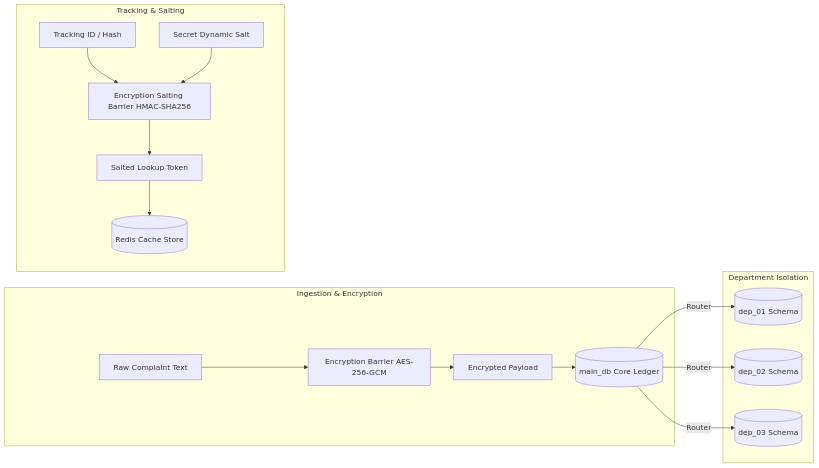
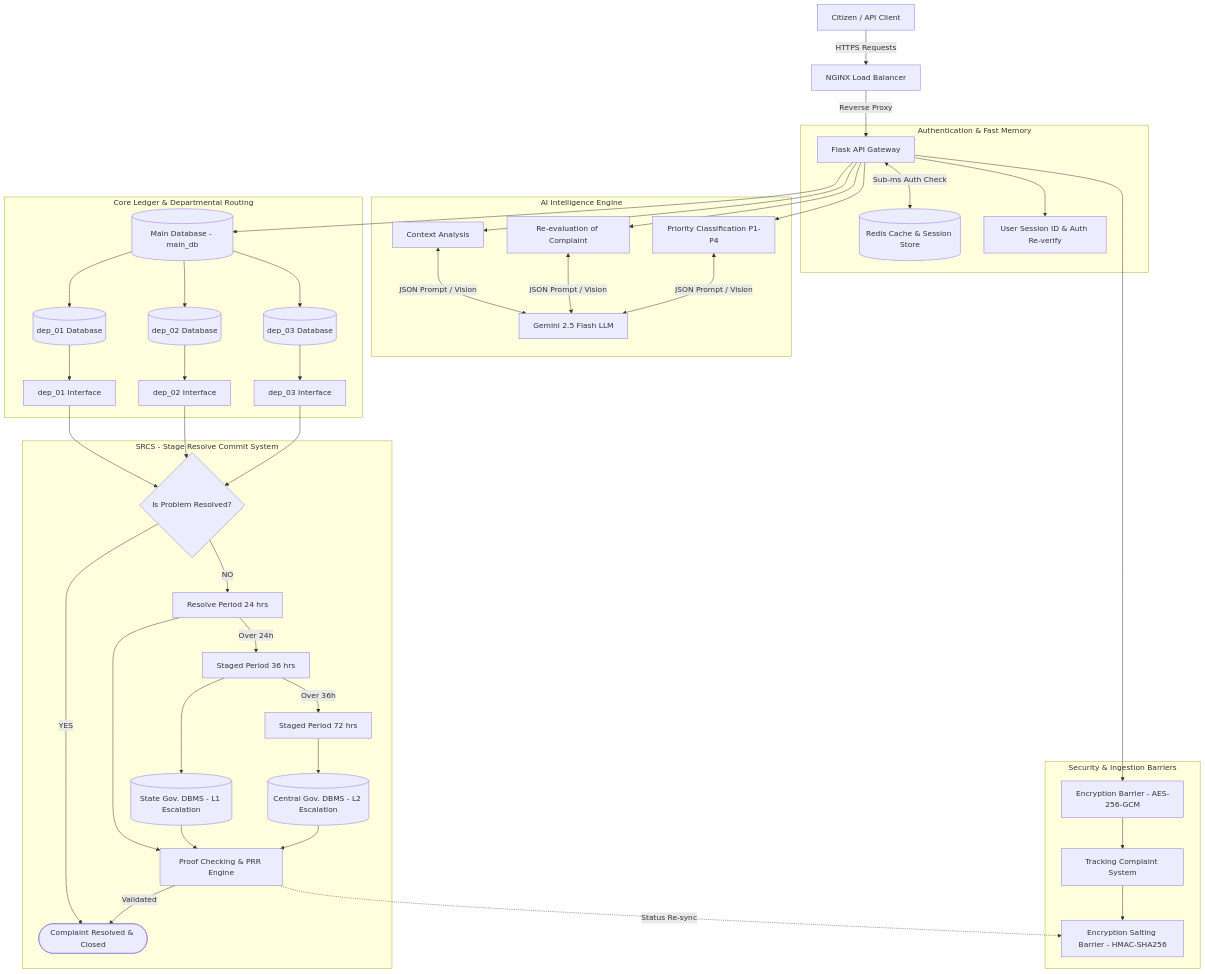
One commit to CSMU-CodeSync/SIH_02- changed the diagram in docs/Security_db.md. Above: the diagram before and after it, drawn with Mermaid. The commit also changed other lines of this file and 10 other files, not shown here.

Commit message:
Update all markdown files with complete architecture diagrams and component references

````diff
--- a/docs/Security_db.md
+++ b/docs/Security_db.md
@@ -14,21 +16,45 @@
 ```mermaid
-flowchart LR
- subgraph Ingestion & Encryption
- RawText[Raw Complaint Text] --> EncBarrier[Encryption Barrier AES-256-GCM]
- EncBarrier --> EncText[Encrypted Payload]
- EncText --> MainDB[(main_db Core Ledger)]
- end
+flowchart TD
+    Client[Citizen / API Client] -->|HTTPS Requests| NGINX[NGINX Load Balancer]
+    NGINX -->|Reverse Proxy| Flask[Flask API Gateway]
+    
+    subgraph Authentication & Fast Memory
+        Flask <-->|Sub-ms Auth Check| Redis[(Redis Cache & Session Store)]
+        Flask --> Auth[User Session ID & Auth Re-verify]
+    end
 
- subgraph Tracking & Salting
- TrackingID[Tracking ID / Hash] --> SaltBarrier[Encryption Salting Barrier HMAC-SHA256]
- Salt[Secret Dynamic Salt] --> SaltBarrier
- SaltBarrier --> SaltedHash[Salted Lookup Token]
- SaltedHash --> RedisCache[(Redis Cache Store)]
- end
+    subgraph Security & Ingestion Barriers
+        Flask --> EncBarrier[Encryption Barrier - AES-256-GCM]
+        EncBarrier --> Tracking[Tracking Complaint System]
+        Tracking --> SaltBarrier[Encryption Salting Barrier - HMAC-SHA256]
+    end
 
- subgraph Department Isolation
- MainDB -->|Router| Dep1[(dep_01 Schema)]
- MainDB -->|Router| Dep2[(dep_02 Schema)]
- MainDB -->|Router| Dep3[(dep_03 Schema)]
- end
+    subgraph AI Intelligence Engine
+        Flask --> CtxAnalysis[Context Analysis]
+        Flask --> ReEval[Re-evaluation of Complaint]
+        Flask --> Priority[Priority Classification P1-P4]
+        CtxAnalysis & ReEval & Priority <-->|JSON Prompt / Vision| Gemini[Gemini 2.5 Flash LLM]
+    end
+
+    subgraph Core Ledger & Departmental Routing
+        Flask --> MainDB[(Main Database - main_db)]
+        MainDB --> Dep1[(dep_01 Database)]
+        MainDB --> Dep2[(dep_02 Database)]
+        MainDB --> Dep3[(dep_03 Database)]
+        Dep1 --> Int1[dep_01 Interface]
+        Dep2 --> Int2[dep_02 Interface]
+        Dep3 --> Int3[dep_03 Interface]
+    end
+
+    subgraph SRCS - Stage Resolve Commit System
+        Int1 & Int2 & Int3 --> ResCheck{Is Problem Resolved?}
+        ResCheck -- YES --> Resolved([Complaint Resolved & Closed])
+        ResCheck -- NO --> SLA24[Resolve Period 24 hrs]
+        SLA24 -- Over 24h --> SLA36[Staged Period 36 hrs] --> StateDB[(State Gov. DBMS - L1 Escalation)]
+        SLA36 -- Over 36h --> SLA72[Staged Period 72 hrs] --> CentralDB[(Central Gov. DBMS - L2 Escalation)]
+        
+        SLA24 & StateDB & CentralDB --> PRR[Proof Checking & PRR Engine]
+        PRR -- Validated --> Resolved
+        PRR -. Status Re-sync .-> SaltBarrier
+    end
 ```
````
